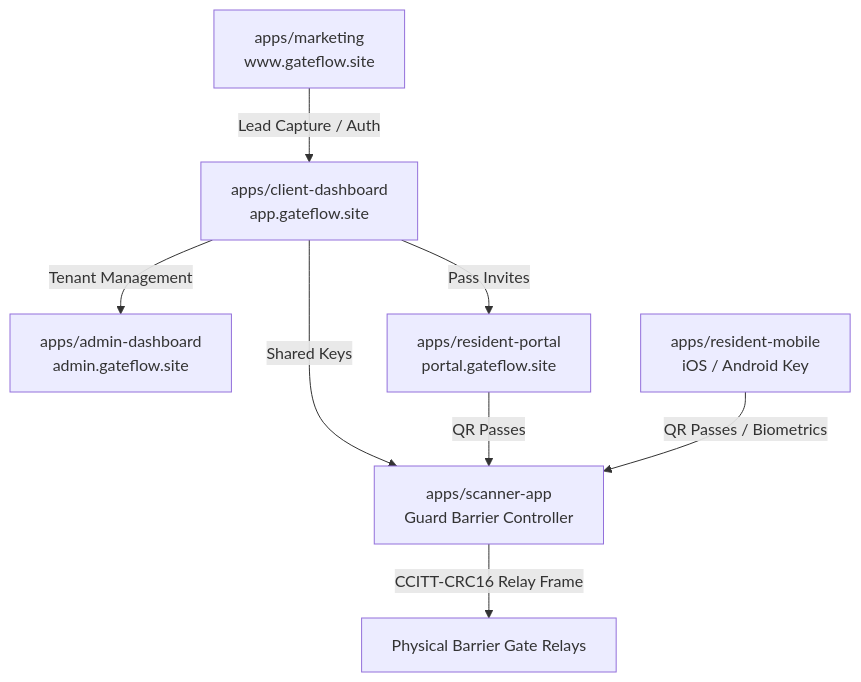
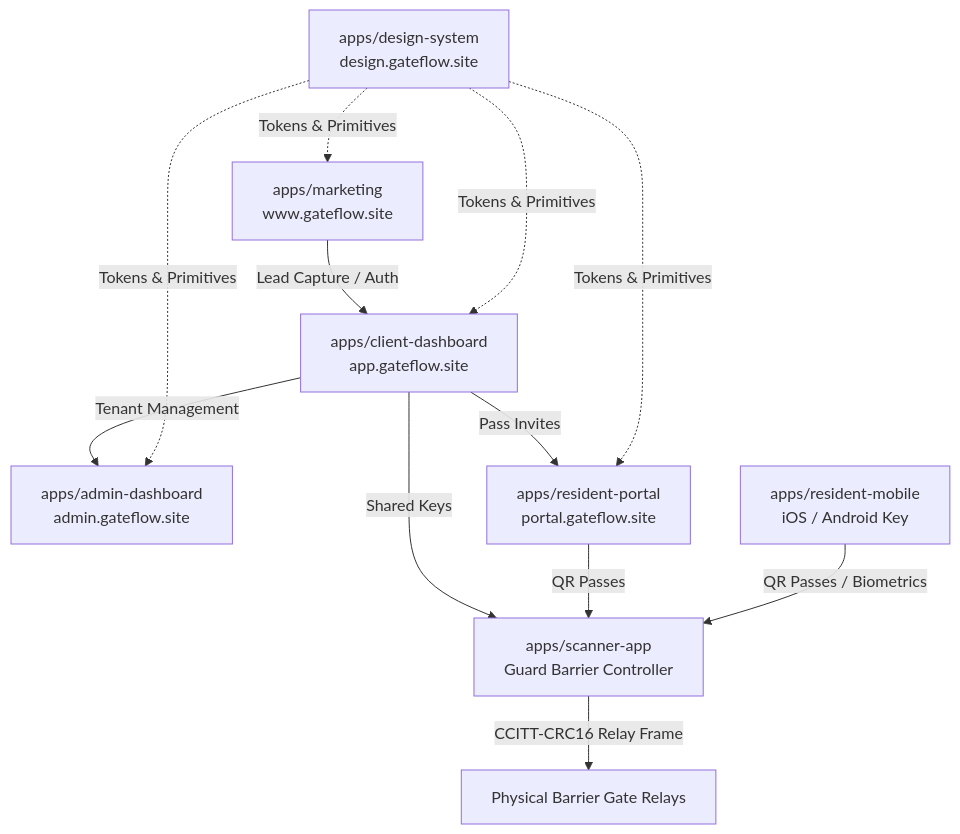
The diagram in docs/reference/product/PRD.md (iDorgham/Gateflow), drawn with Mermaid before and after one commit. The commit also changed other lines of this file and 1 other file, not shown here.

Commit message:
docs(prd): update PRD to v14.0 and polish DESIGN.md specifications

````diff
--- a/docs/reference/product/PRD.md
+++ b/docs/reference/product/PRD.md
@@ -49,10 +50,14 @@
 ```mermaid
 graph TD
     M[apps/marketing<br/>www.gateflow.site] -->|Lead Capture / Auth| CD[apps/client-dashboard<br/>app.gateflow.site]
     CD -->|Tenant Management| AD[apps/admin-dashboard<br/>admin.gateflow.site]
     CD -->|Pass Invites| RP[apps/resident-portal<br/>portal.gateflow.site]
     CD -->|Shared Keys| SA[apps/scanner-app<br/>Guard Barrier Controller]
     RP -->|QR Passes| SA
     RM[apps/resident-mobile<br/>iOS / Android Key] -->|QR Passes / Biometrics| SA
     SA -->|CCITT-CRC16 Relay Frame| HW[Physical Barrier Gate Relays]
+    DS[apps/design-system<br/>design.gateflow.site] -.->|Tokens & Primitives| CD
+    DS -.->|Tokens & Primitives| AD
+    DS -.->|Tokens & Primitives| M
+    DS -.->|Tokens & Primitives| RP
 ```
````
